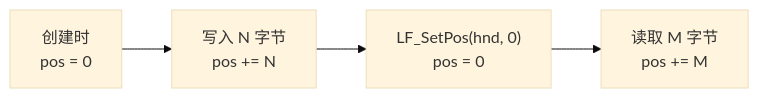
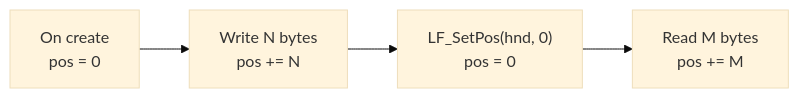
The fourth of 13 diagrams in src/pascal_c_to_mcp/MCP_API_Contract.md (PassByYou888/LingoFuse-Tools), drawn with Mermaid (base theme) before and after one commit. The commit also changed other lines of this file, not shown here.

````diff
--- a/src/pascal_c_to_mcp/MCP_API_Contract.md
+++ b/src/pascal_c_to_mcp/MCP_API_Contract.md
@@ -164,6 +164,6 @@
 ```mermaid
 flowchart LR
-    A["创建时<br/>pos = 0"] --> B["写入 N 字节<br/>pos += N"]
+    A["On create<br/>pos = 0"] --> B["Write N bytes<br/>pos += N"]
     B --> C["LF_SetPos(hnd, 0)<br/>pos = 0"]
-    C --> D["读取 M 字节<br/>pos += M"]
+    C --> D["Read M bytes<br/>pos += M"]
 ```
````
